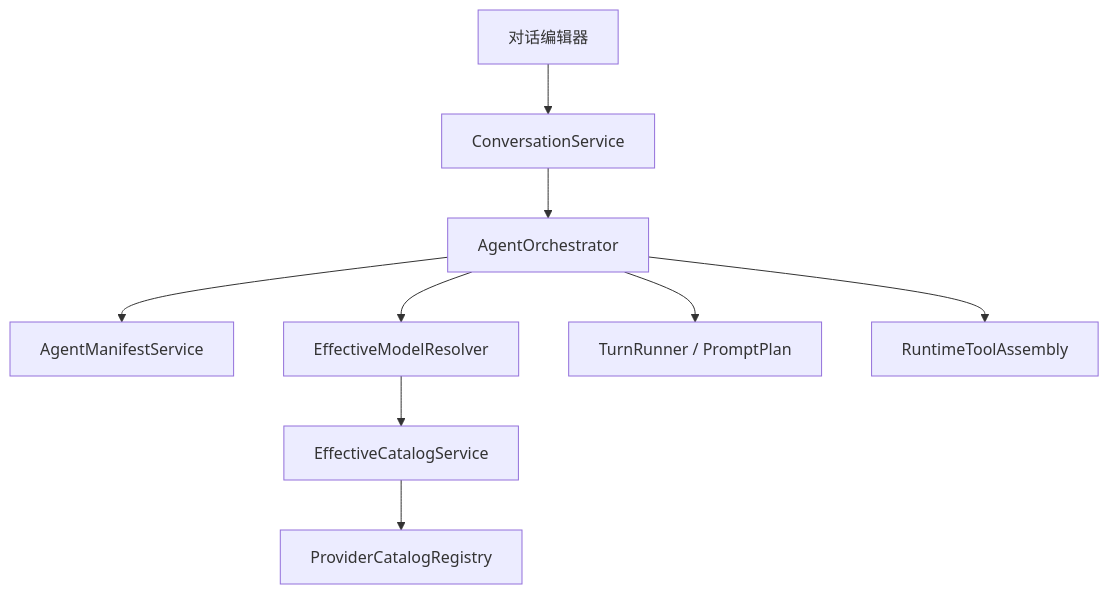
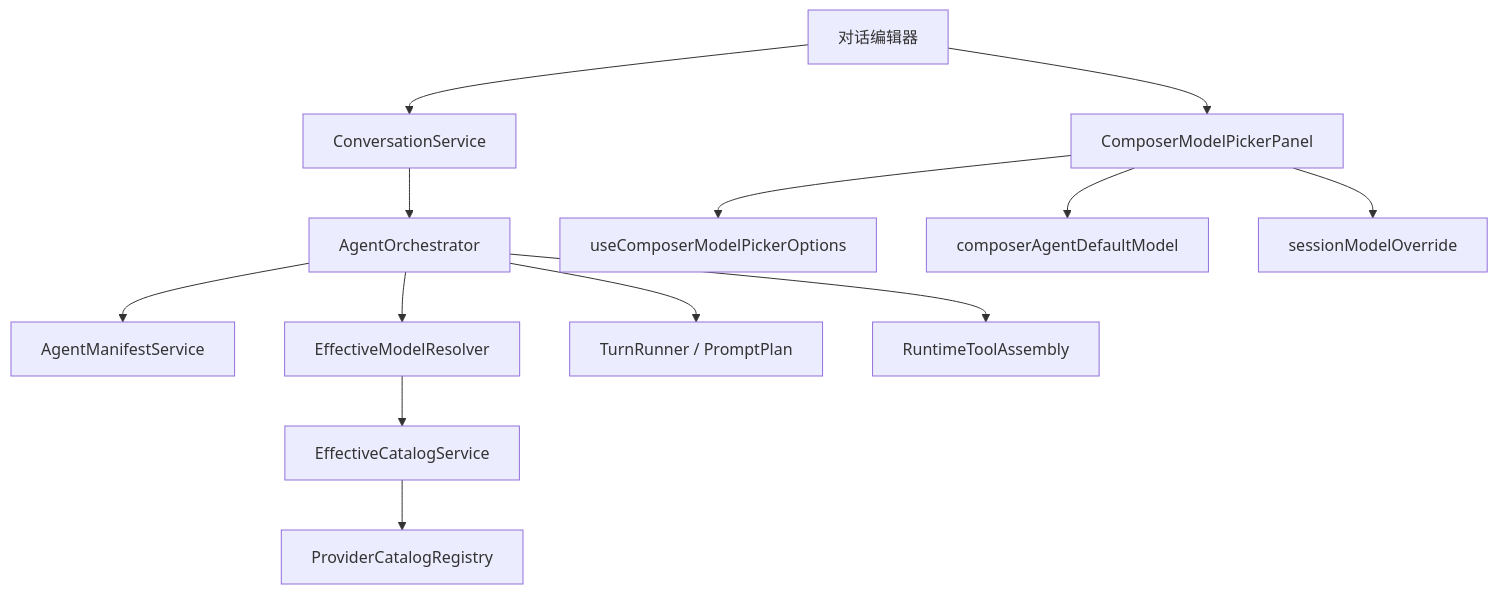
Before and after one commit to haolange/RDC-Agent: the first of 10 diagrams in .qoder/repowiki/zh/content/用户界面/对话编辑器/Agent 选择与配置.md, drawn with Mermaid. The commit also changed other lines of this file and 22 other files, not shown here.

````diff
--- a/.qoder/repowiki/zh/content/用户界面/对话编辑器/Agent 选择与配置.md
+++ b/.qoder/repowiki/zh/content/用户界面/对话编辑器/Agent 选择与配置.md
@@ -46,11 +63,15 @@
 ```mermaid
 graph TB
 UI["对话编辑器"] --> CS["ConversationService"]
 CS --> AO["AgentOrchestrator"]
 AO --> AMS["AgentManifestService"]
 AO --> EMR["EffectiveModelResolver"]
 EMR --> ECS["EffectiveCatalogService"]
 ECS --> PCR["ProviderCatalogRegistry"]
 AO --> TRS["TurnRunner / PromptPlan"]
 AO --> TOOLS["RuntimeToolAssembly"]
+UI --> CMP["ComposerModelPickerPanel"]
+CMP --> CMPO["useComposerModelPickerOptions"]
+CMP --> CAM["composerAgentDefaultModel"]
+CMP --> SMO["sessionModelOverride"]
 ```
````
